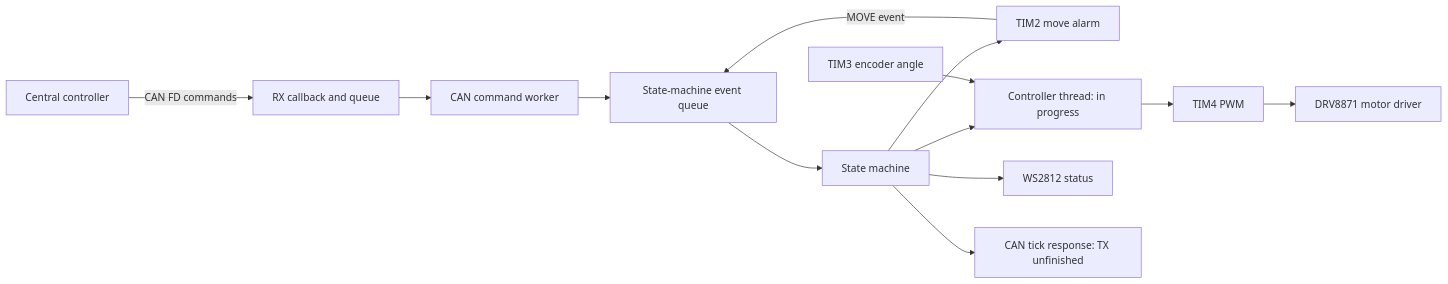
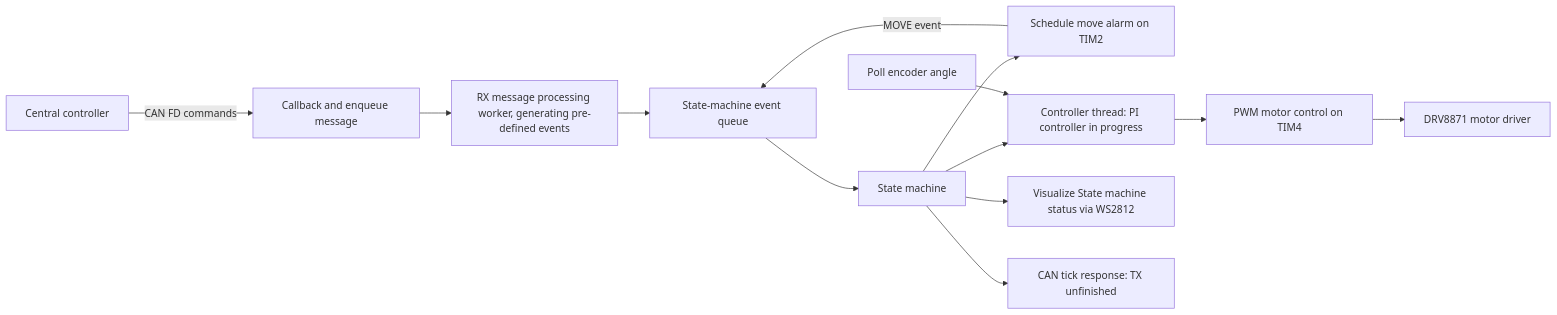
Before and after one commit to Zhi-Yih-Lim/G431KB_DC_MOTOR_DRIVER: the diagram in README.md, drawn with Mermaid. The commit also changed other lines of this file, not shown here.

Commit message:
Enhance README with debugging and architecture updates
Updated README to include debugging information and clarify architecture details.

````diff
--- a/README.md
+++ b/README.md
@@ -19,15 +20,15 @@
 ```mermaid
 flowchart LR
-    Host[Central controller] -->|CAN FD commands| RX[RX callback and queue]
-    RX --> Worker[CAN command worker]
+    Host[Central controller] -->|CAN FD commands| RX[Callback and enqueue message]
+    RX --> Worker[RX message processing worker, generating pre-defined events]
     Worker --> Events[State-machine event queue]
     Events --> SM[State machine]
-    SM --> Alarm[TIM2 move alarm]
+    SM --> Alarm[Schedule move alarm on TIM2]
     Alarm -->|MOVE event| Events
-    SM --> Control[Controller thread: in progress]
-    Encoder[TIM3 encoder angle] --> Control
-    Control --> PWM[TIM4 PWM]
+    SM --> Control[Controller thread: PI controller in progress]
+    Encoder[Poll encoder angle] --> Control
+    Control --> PWM[PWM motor control on TIM4]
     PWM --> Driver[DRV8871 motor driver]
-    SM --> RGB[WS2812 status]
+    SM --> RGB[Visualize State machine status via WS2812]
     SM --> TX[CAN tick response: TX unfinished]
 ```
````
